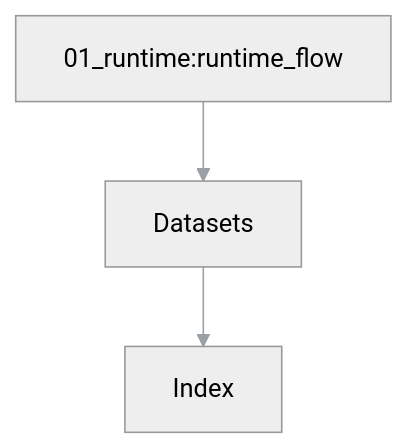
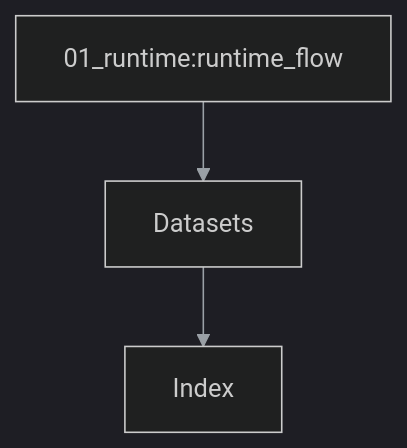
One commit to lukaszj321/otcv8-dev changed the sixth of 6 diagrams in docs/authoring/01_runtime/index.md. Above: the diagram before and after it, drawn with Mermaid. The commit also changed other lines of this file, not shown here.

First line of the commit message:
Change mermaid theme from neutral to dark

````diff
--- a/docs/authoring/01_runtime/index.md
+++ b/docs/authoring/01_runtime/index.md
@@ -179,9 +179,9 @@
 ```mermaid
-%%{init: { 'theme': 'neutral', 'themeVariables': { 'primaryTextColor': '#ddd', 'lineColor': '#9aa0a6' } }}%%
+%%{init: { 'theme': 'dark', 'themeVariables': { 'primaryTextColor': '#ddd', 'lineColor': '#9aa0a6' } }}%%
 graph TD
   RuntimeFlow[01_runtime:runtime_flow] --> Data[Datasets]
   Data --> Page[Index]
 
 click RuntimeFlow "./index.html#facet-01_runtime.runtime_flow" "Open runtime_flow"
 click RuntimeFlow "./index.html#facet-01_runtime.runtime_flow" "Open runtime_flow"
 ```
````
